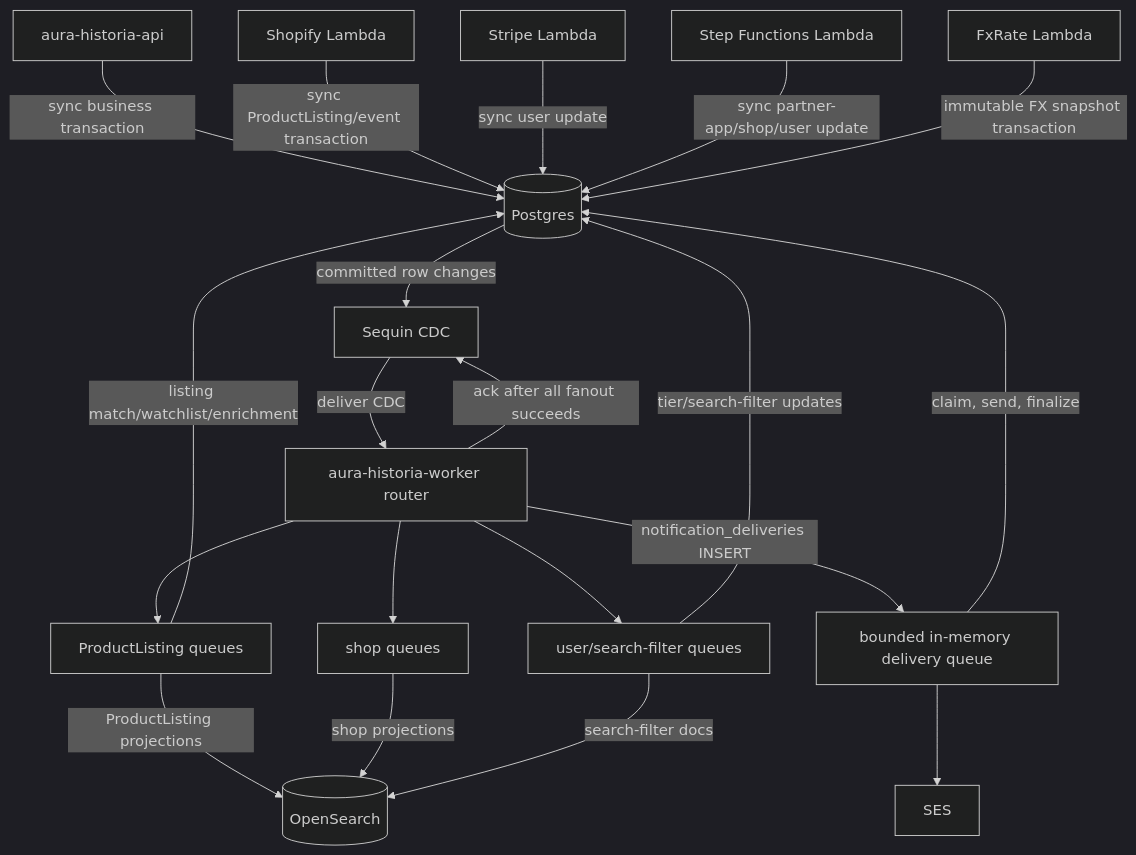
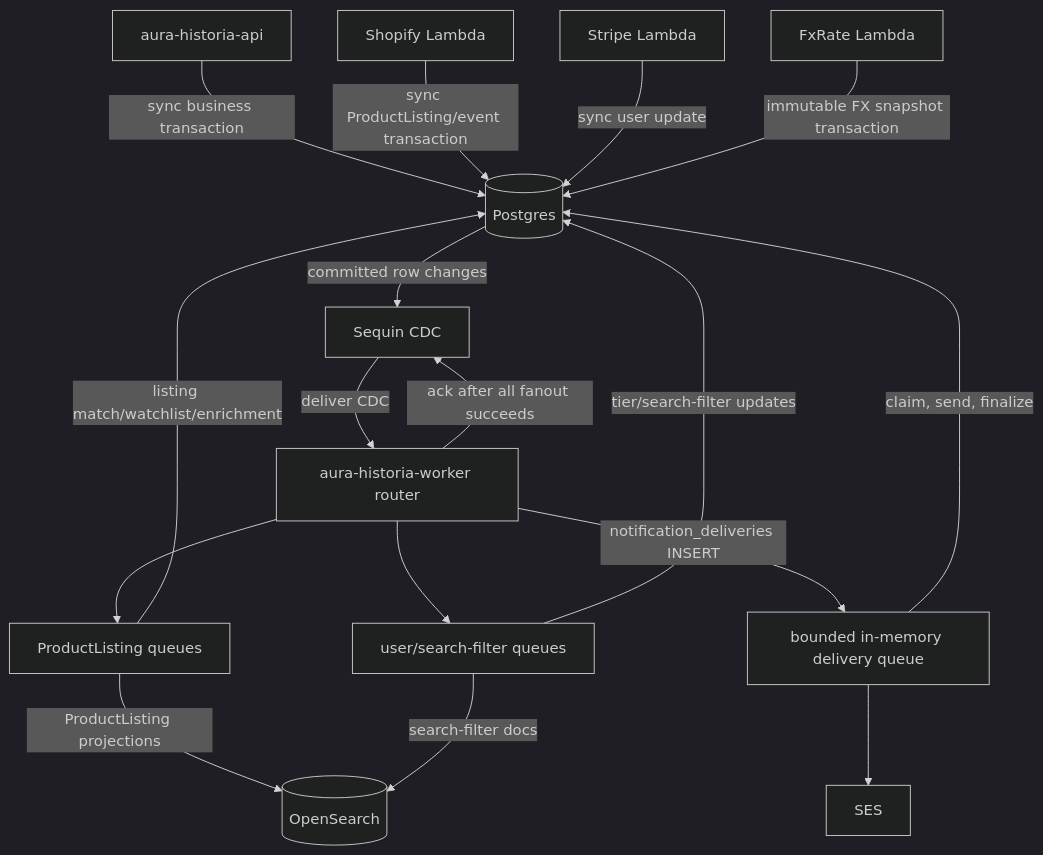
One commit to aura-historia/backend changed the first of 2 diagrams in docs/events/flow.md. Above: the diagram before and after it, drawn with Mermaid (dark theme). The commit also changed other lines of this file and 611 other files, not shown here.

````diff
--- a/docs/events/flow.md
+++ b/docs/events/flow.md
@@ -28,41 +28,39 @@
 ```mermaid
 flowchart TD
     API["aura-historia-api"]
     SHOPIFY["Shopify Lambda"]
     STRIPE["Stripe Lambda"]
-    SFN["Step Functions Lambda"]
     PG[(Postgres)]
     SEQ["Sequin CDC"]
     ROUTER["aura-historia-worker router"]
     PQ["ProductListing queues"]
-    SQ["shop queues"]
     UFQ["user/search-filter queues"]
     OS[(OpenSearch)]
     SES["SES"]
     FX["FxRate Lambda"]
 
     API -->|"sync business transaction"| PG
     SHOPIFY -->|"sync ProductListing/event transaction"| PG
     STRIPE -->|"sync user update"| PG
-    SFN -->|"sync partner-app/shop/user update"| PG
+
 
     PG -->|"committed row changes"| SEQ
     SEQ -->|"deliver CDC"| ROUTER
     ROUTER -->|"ack after all fanout succeeds"| SEQ
 
     ROUTER --> PQ
-    ROUTER --> SQ
+
     ROUTER --> UFQ
 
     PQ -->|"ProductListing projections"| OS
     PQ -->|"listing match/watchlist/enrichment"| PG
     ROUTER -->|"notification_deliveries INSERT"| NQ[bounded in-memory delivery queue]
     NQ -->|"claim, send, finalize"| PG
     NQ --> SES
-    SQ -->|"shop projections"| OS
+
     UFQ -->|"search-filter docs"| OS
     UFQ -->|"tier/search-filter updates"| PG
 
 
     FX -->|"immutable FX snapshot transaction"| PG
 ```
````
